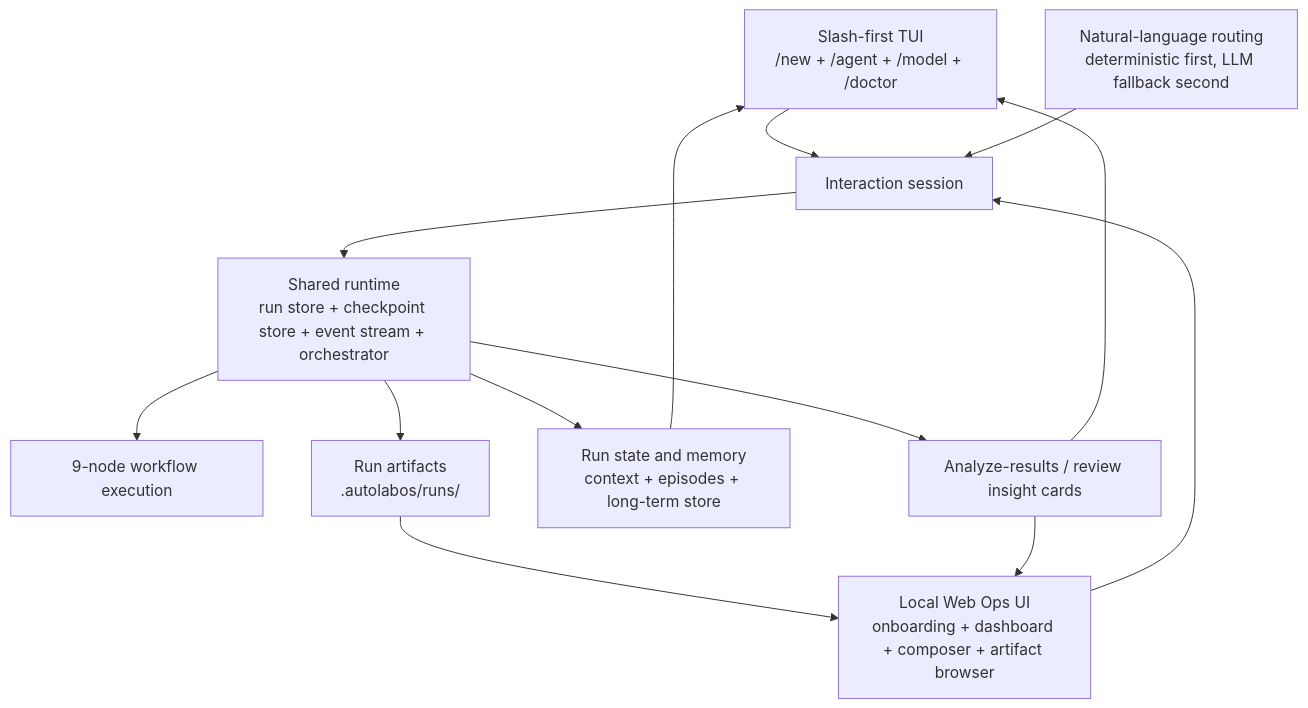
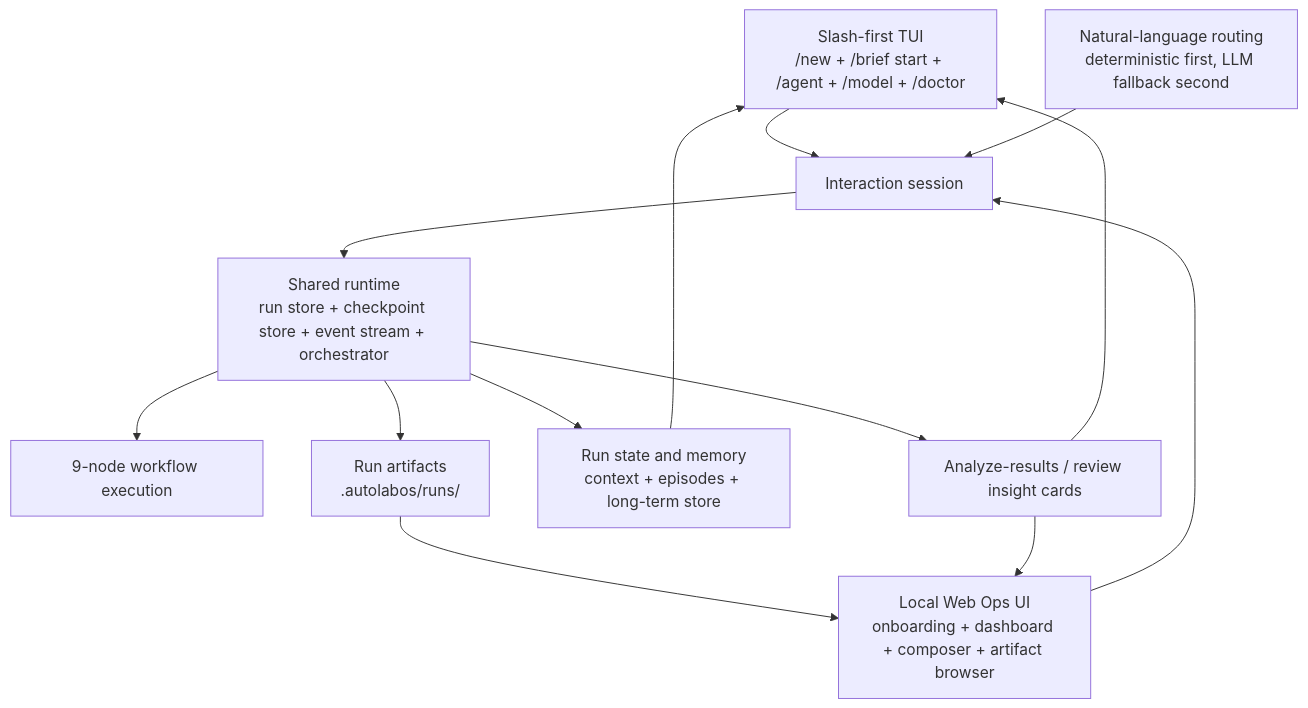
Before and after one commit to lhy0718/AutoResearch: the eighth of 10 diagrams in README.md, drawn with Mermaid. The commit also changed other lines of this file and 27 other files, not shown here.

````diff
--- a/README.md
+++ b/README.md
@@ -455,17 +469,17 @@
 ```mermaid
 flowchart TB
-    TUI["Slash-first TUI<br/>/new + /agent + /model + /doctor"] --> Session["Interaction session"]
+    TUI["Slash-first TUI<br/>/new + /brief start + /agent + /model + /doctor"] --> Session["Interaction session"]
     Web["Local Web Ops UI<br/>onboarding + dashboard + composer + artifact browser"] --> Session
     Natural["Natural-language routing<br/>deterministic first, LLM fallback second"] --> Session
 
     Session --> Runtime["Shared runtime<br/>run store + checkpoint store + event stream + orchestrator"]
     Runtime --> Nodes["9-node workflow execution"]
     Runtime --> Artifacts["Run artifacts<br/>.autolabos/runs/<run_id>"]
     Runtime --> State["Run state and memory<br/>context + episodes + long-term store"]
     Runtime --> Insight["Analyze-results / review insight cards"]
 
     Artifacts --> Web
     State --> TUI
     Insight --> TUI
     Insight --> Web
 ```
````
